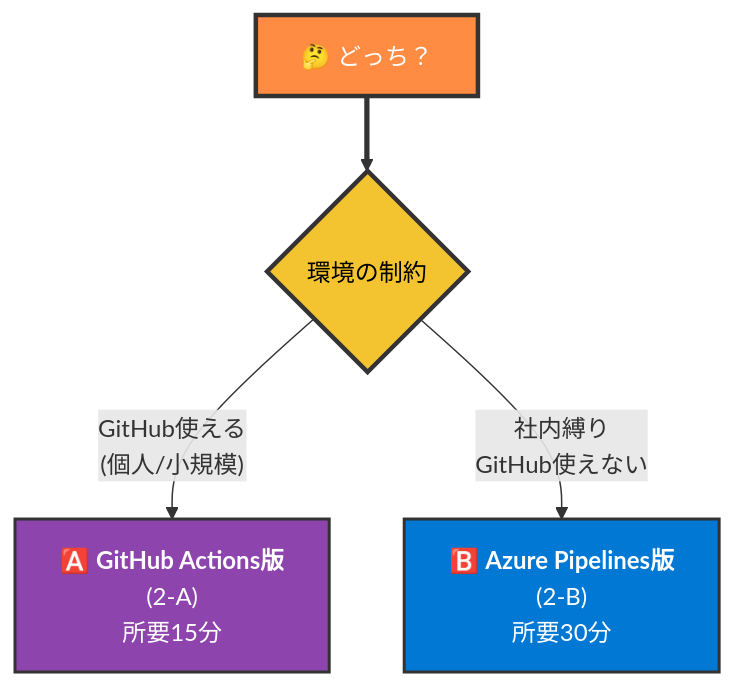
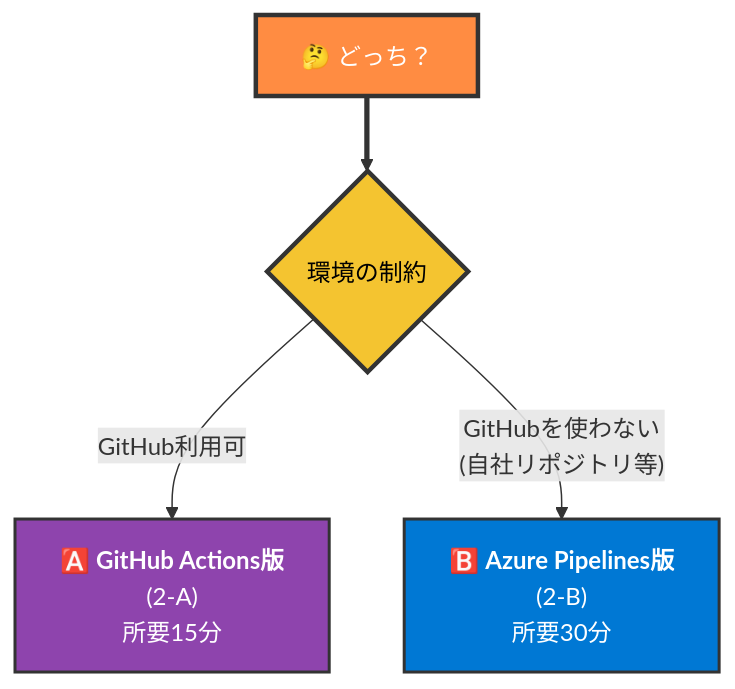
The fifth of 19 diagrams in azure/setup.md (kasuyaofcb/tech_docs), drawn with Mermaid before and after one commit. The commit also changed other lines of this file and 1 other file, not shown here.

First line of the commit message:
docs(azure): 主観表現・スラングを除き、中立的な記述に統一

````diff
--- a/azure/setup.md
+++ b/azure/setup.md
@@ -162,12 +162,12 @@
 ```mermaid
 flowchart TB
     Q["🤔 どっち？"] ==> Q1{"環境の制約"}
 
-    Q1 -->|"GitHub使える<br/>(個人/小規模)"| A["🅰️ <b>GitHub Actions版</b><br/>(2-A)<br/>所要15分"]
-    Q1 -->|"社内縛り<br/>GitHub使えない"| B["🅱️ <b>Azure Pipelines版</b><br/>(2-B)<br/>所要30分"]
+    Q1 -->|"GitHub利用可"| A["🅰️ <b>GitHub Actions版</b><br/>(2-A)<br/>所要15分"]
+    Q1 -->|"GitHubを使わない<br/>(自社リポジトリ等)"| B["🅱️ <b>Azure Pipelines版</b><br/>(2-B)<br/>所要30分"]
 
     style Q fill:#FF8C42,color:#FFFFFF,stroke:#333,stroke-width:3px
     style Q1 fill:#F4C430,color:#000,stroke:#333,stroke-width:3px
     style A fill:#8E44AD,color:#FFFFFF,stroke:#333,stroke-width:2px
     style B fill:#0078D4,color:#FFFFFF,stroke:#333,stroke-width:2px
 ```
````
